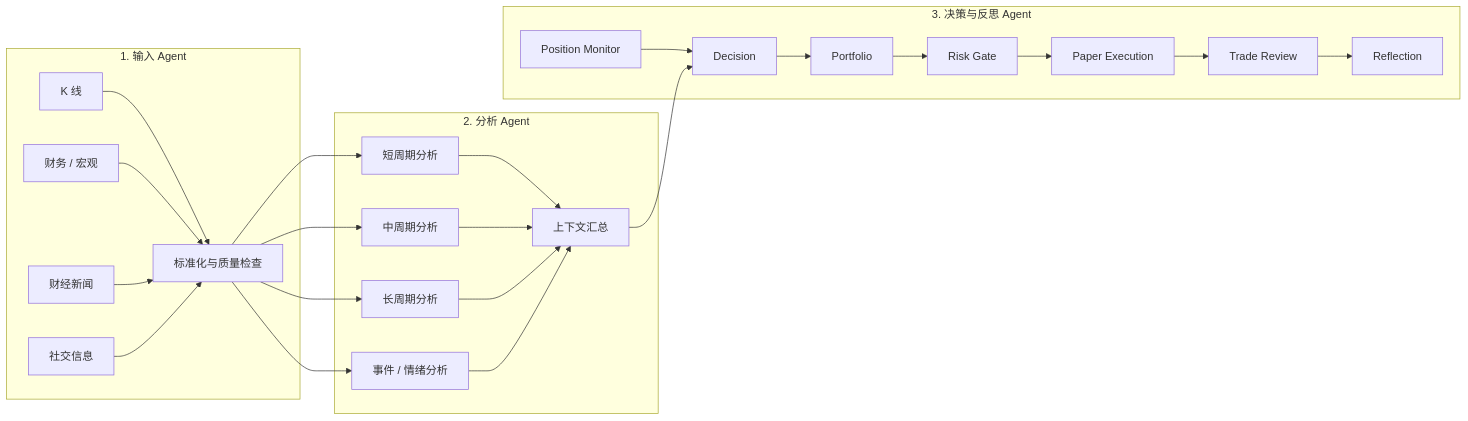
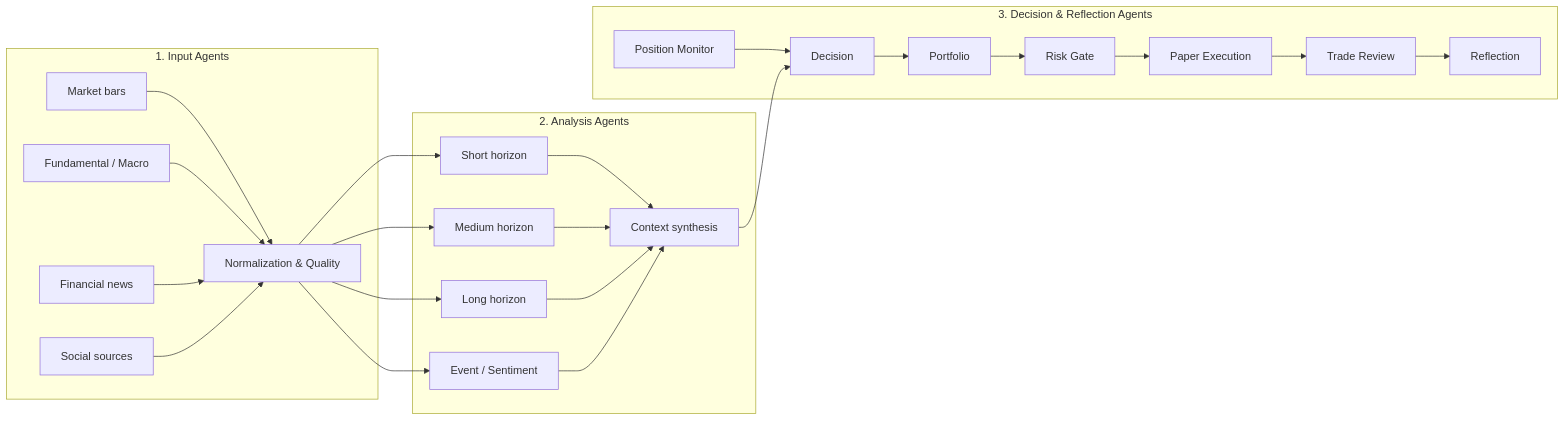
The second of 4 diagrams in README.md (EthanAlgoX/LLM-TradeBot), drawn with Mermaid before and after one commit. The commit also changed other lines of this file and 1 other file, not shown here.

```diff
--- a/README.md
+++ b/README.md
@@ -57,45 +59,45 @@
 ~~~mermaid
 flowchart LR
-    subgraph INPUT["1. 输入 Agent"]
-        K["K 线"]
-        F["财务 / 宏观"]
-        N["财经新闻"]
-        S["社交信息"]
-        Q["标准化与质量检查"]
+    subgraph INPUT["1. Input Agents"]
+        K["Market bars"]
+        F["Fundamental / Macro"]
+        N["Financial news"]
+        S["Social sources"]
+        Q["Normalization & Quality"]
         K --> Q
         F --> Q
         N --> Q
         S --> Q
     end
 
-    subgraph ANALYSIS["2. 分析 Agent"]
-        T["短周期分析"]
-        M["中周期分析"]
-        L["长周期分析"]
-        E["事件 / 情绪分析"]
-        X["上下文汇总"]
+    subgraph ANALYSIS["2. Analysis Agents"]
+        T["Short horizon"]
+        M["Medium horizon"]
+        L["Long horizon"]
+        E["Event / Sentiment"]
+        X["Context synthesis"]
         T --> X
         M --> X
         L --> X
         E --> X
     end
 
-    subgraph DECISION["3. 决策与反思 Agent"]
+    subgraph DECISION["3. Decision & Reflection Agents"]
         D["Decision"]
         PF["Portfolio"]
         R["Risk Gate"]
         EX["Paper Execution"]
         PM["Position Monitor"]
         RV["Trade Review"]
         RF["Reflection"]
         D --> PF --> R --> EX
         PM --> D
         EX --> RV --> RF
     end
 
     Q --> T
     Q --> M
     Q --> L
     Q --> E
     X --> D
 ~~~
```
